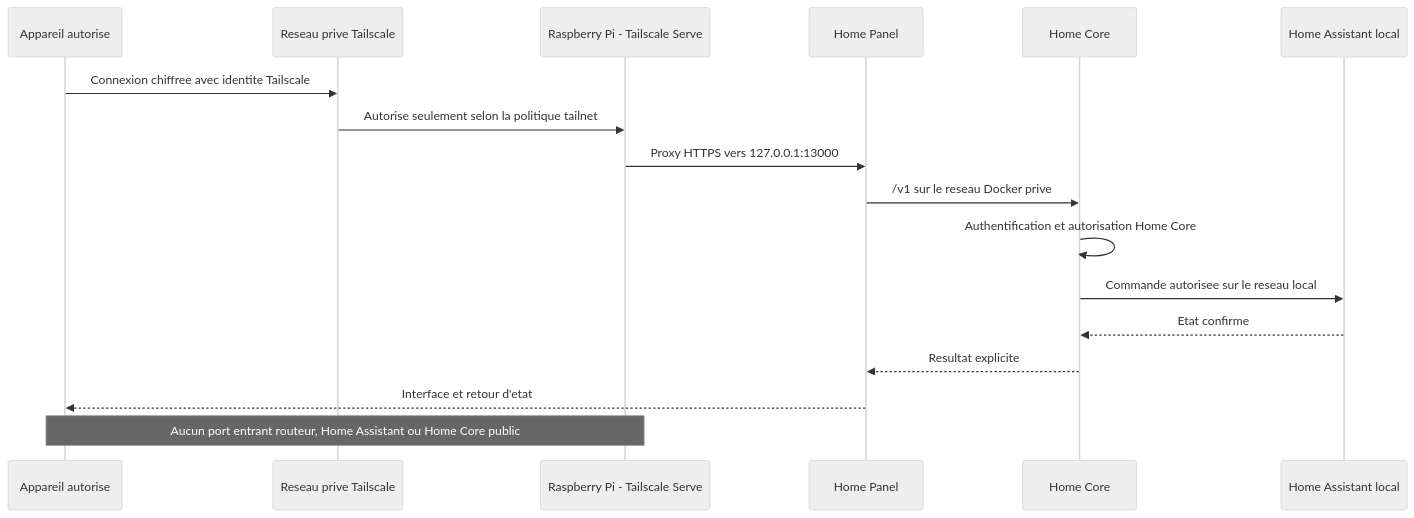
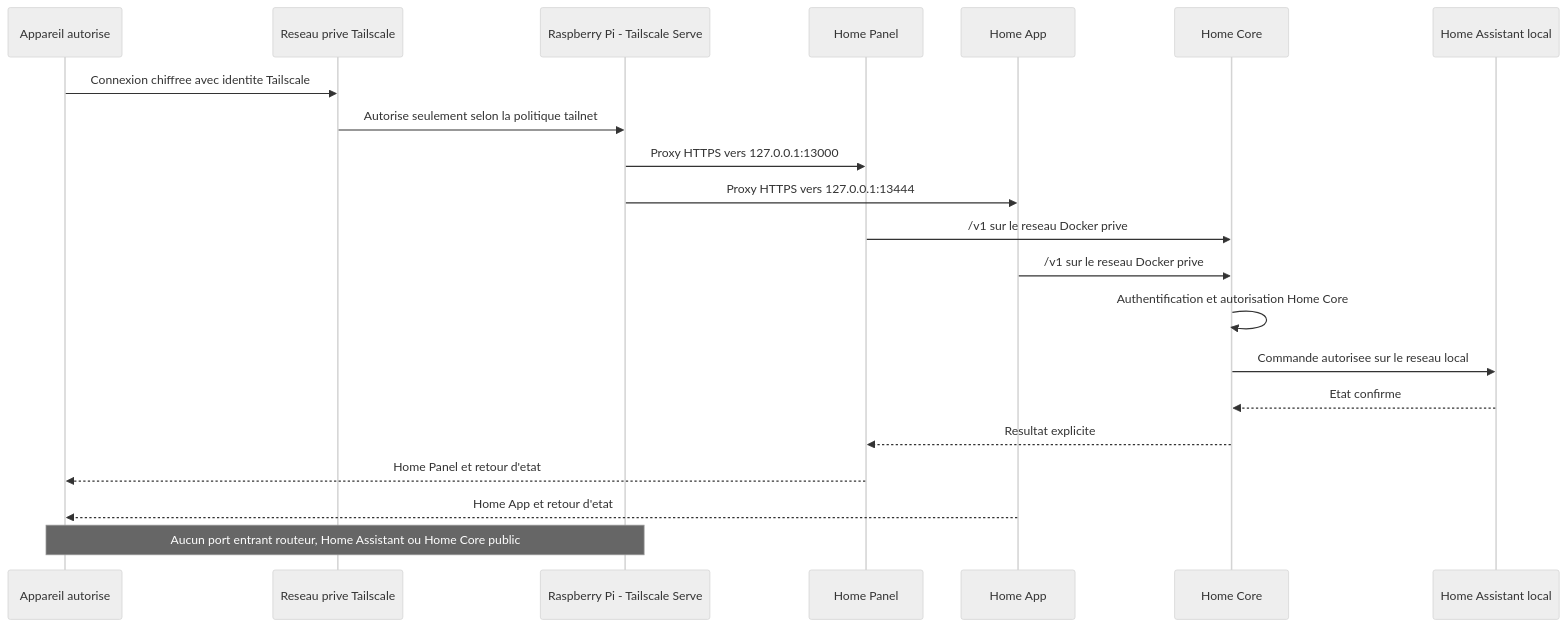
The diagram in poles/technique/home-core/diagrammes/sequence-acces-distant-tailscale.mmd (clementortiz134595/HOME-AI), drawn with Mermaid (neutral theme) before and after one commit. The commit also changed 5 other files, not shown here.

```diff
--- a/poles/technique/home-core/diagrammes/sequence-acces-distant-tailscale.mmd
+++ b/poles/technique/home-core/diagrammes/sequence-acces-distant-tailscale.mmd
@@ -1,19 +1,23 @@
 sequenceDiagram
     participant device as Appareil autorise
     participant tailnet as Reseau prive Tailscale
     participant pi as Raspberry Pi - Tailscale Serve
     participant panel as Home Panel
+    participant app as Home App
     participant core as Home Core
     participant ha as Home Assistant local
 
     device->>tailnet: Connexion chiffree avec identite Tailscale
     tailnet->>pi: Autorise seulement selon la politique tailnet
     pi->>panel: Proxy HTTPS vers 127.0.0.1:13000
+    pi->>app: Proxy HTTPS vers 127.0.0.1:13444
     panel->>core: /v1 sur le reseau Docker prive
+    app->>core: /v1 sur le reseau Docker prive
     core->>core: Authentification et autorisation Home Core
     core->>ha: Commande autorisee sur le reseau local
     ha-->>core: Etat confirme
     core-->>panel: Resultat explicite
-    panel-->>device: Interface et retour d'etat
+    panel-->>device: Home Panel et retour d'etat
+    app-->>device: Home App et retour d'etat
 
     Note over device,pi: Aucun port entrant routeur, Home Assistant ou Home Core public
```
